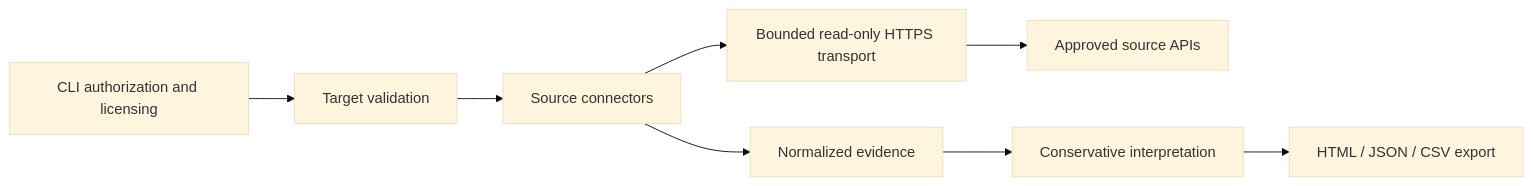
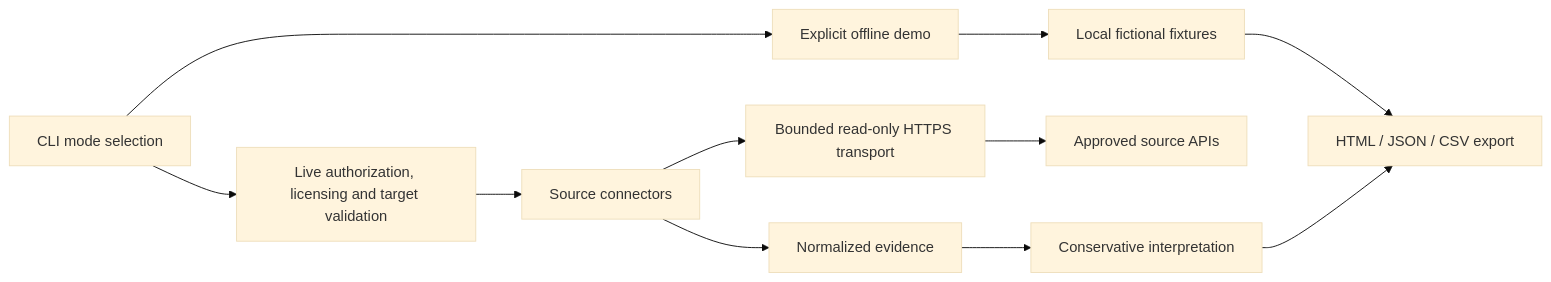
The diagram in docs/ARCHITECTURE.md (masud1445/osint-recon-toolkit), drawn with Mermaid (base theme) before and after one commit. The commit also changed other lines of this file and 9 other files, not shown here.

Commit message:
Add isolated offline demo with synthetic assessment reports

````diff
--- a/docs/ARCHITECTURE.md
+++ b/docs/ARCHITECTURE.md
@@ -3,10 +3,13 @@
 ```mermaid
 flowchart LR
-    A[CLI authorization and licensing] --> B[Target validation]
+    A[CLI mode selection] --> B[Live authorization, licensing and target validation]
+    A --> I[Explicit offline demo]
+    I --> J[Local fictional fixtures]
+    J --> H
     B --> C[Source connectors]
     C --> D[Bounded read-only HTTPS transport]
     D --> E[Approved source APIs]
     C --> F[Normalized evidence]
     F --> G[Conservative interpretation]
     G --> H[HTML / JSON / CSV export]
 ```
````
